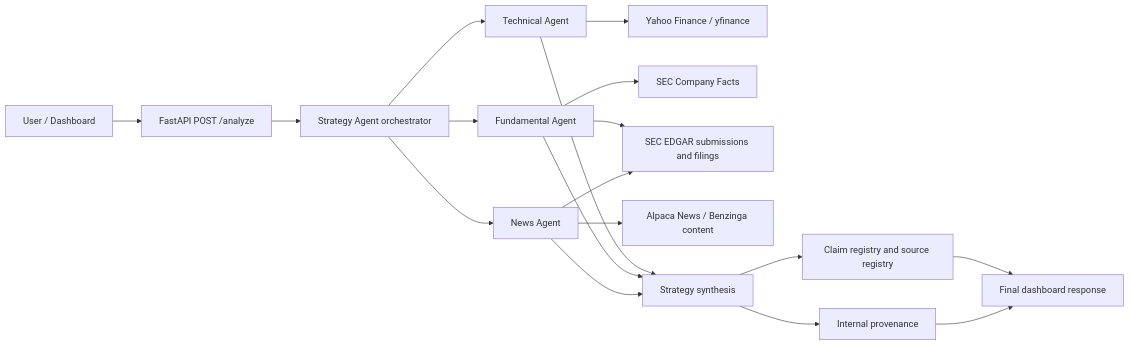
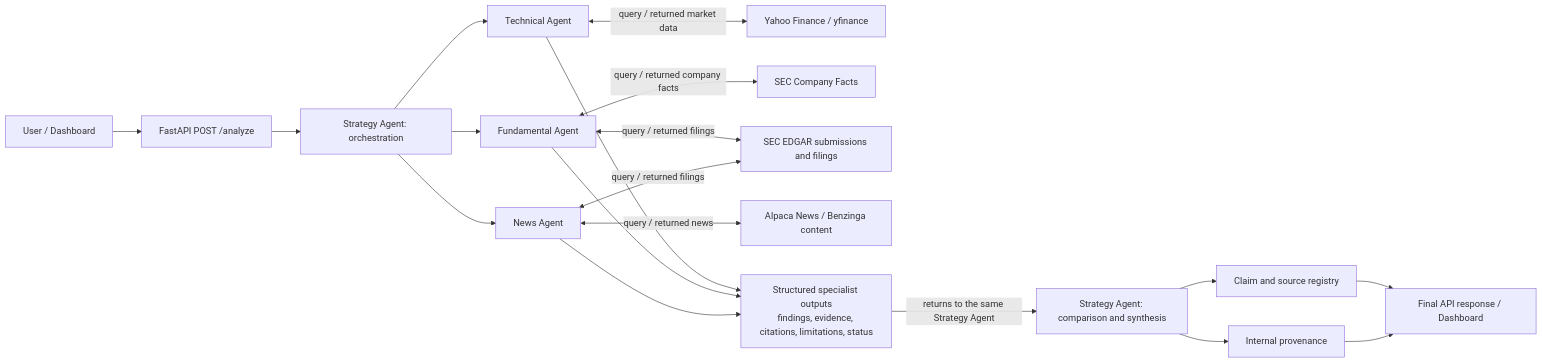
One commit to christinezhao030816/us-stock-agent changed the diagram in README.md. Above: the diagram before and after it, drawn with Mermaid.

Commit message:
docs: clarify multi-agent data return paths

````diff
--- a/README.md
+++ b/README.md
@@ -67,24 +67,26 @@
 ```mermaid
 flowchart LR
     U[User / Dashboard] --> API[FastAPI POST /analyze]
-    API --> S[Strategy Agent orchestrator]
+    API --> S[Strategy Agent: orchestration]
 
     S --> T[Technical Agent]
     S --> F[Fundamental Agent]
     S --> N[News Agent]
 
-    T --> Y[Yahoo Finance / yfinance]
-    F --> CF[SEC Company Facts]
-    F --> ED[SEC EDGAR submissions and filings]
-    N --> AN[Alpaca News / Benzinga content]
-    N --> ED
+    T <-->|query / returned market data| Y[Yahoo Finance / yfinance]
+    F <-->|query / returned company facts| CF[SEC Company Facts]
+    F <-->|query / returned filings| ED[SEC EDGAR submissions and filings]
+    N <-->|query / returned news| AN[Alpaca News / Benzinga content]
+    N <-->|query / returned filings| ED
 
-    T --> TS[Strategy synthesis]
-    F --> TS
-    N --> TS
+    T --> M[Structured specialist outputs<br/>findings, evidence, citations, limitations, status]
+    F --> M
+    N --> M
 
-    TS --> ER[Claim registry and source registry]
+    M -->|returns to the same Strategy Agent| TS[Strategy Agent: comparison and synthesis]
+
+    TS --> ER[Claim and source registry]
     TS --> IP[Internal provenance]
-    ER --> R[Final dashboard response]
+    ER --> R[Final API response / Dashboard]
     IP --> R
 ```
````
